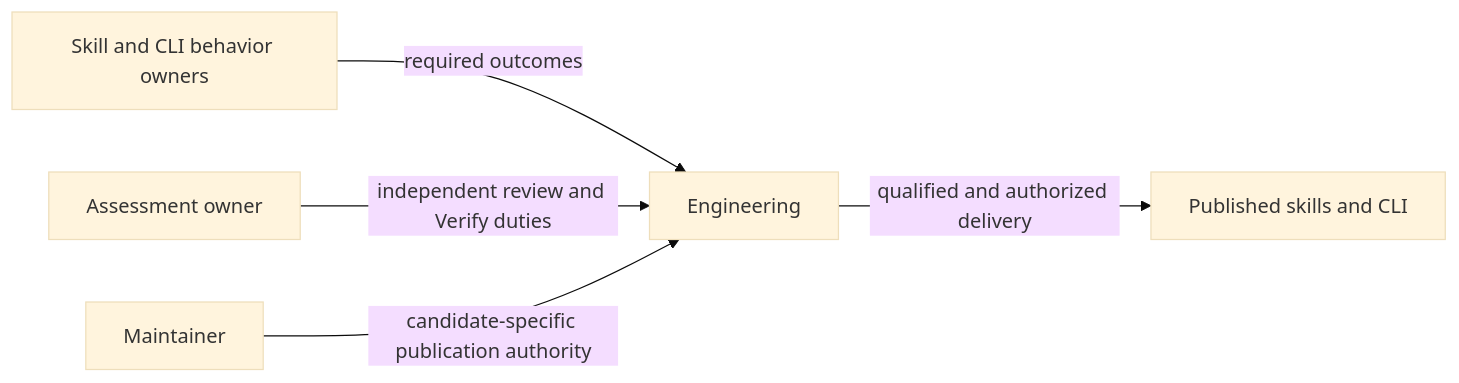
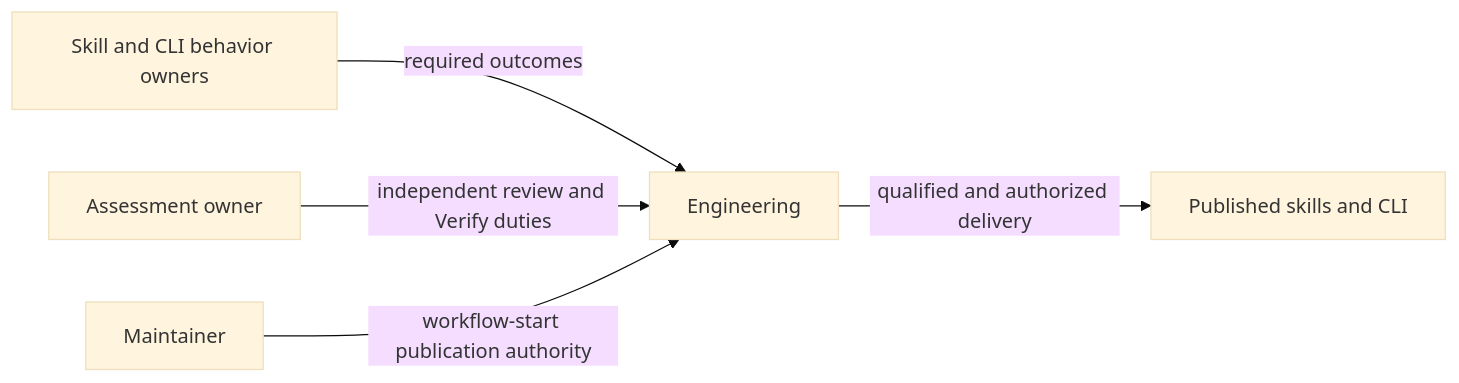
Before and after one commit to xiongxianfei/rigorloop: the second of 7 diagrams in design/support/development.md, drawn with Mermaid (base theme). The commit also changed other lines of this file and 108 other files, not shown here.

````diff
--- a/design/support/development.md
+++ b/design/support/development.md
@@ -85,7 +85,7 @@
 ```mermaid
 flowchart LR
     Behavior["Skill and CLI behavior owners"] -->|"required outcomes"| Engineering["Engineering"]
     Policy["Assessment owner"] -->|"independent review and Verify duties"| Engineering
-    Maintainer["Maintainer"] -->|"candidate-specific publication authority"| Engineering
+    Maintainer["Maintainer"] -->|"workflow-start publication authority"| Engineering
     Engineering -->|"qualified and authorized delivery"| Products["Published skills and CLI"]
 ```
````
